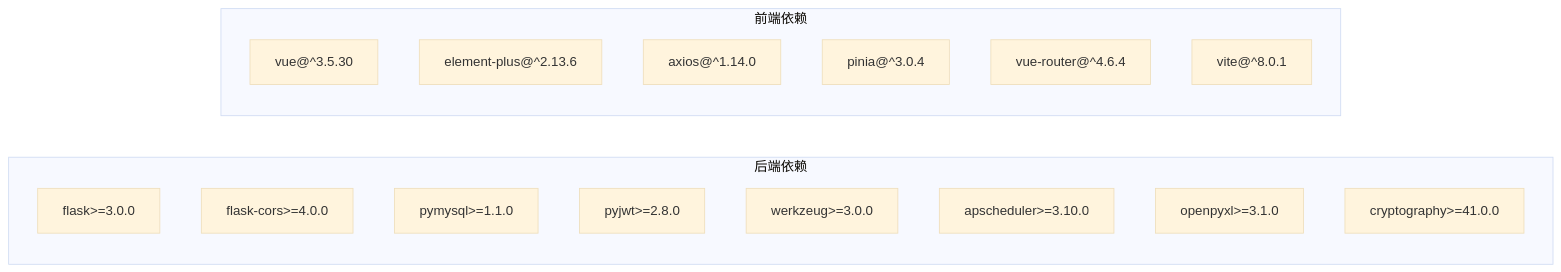
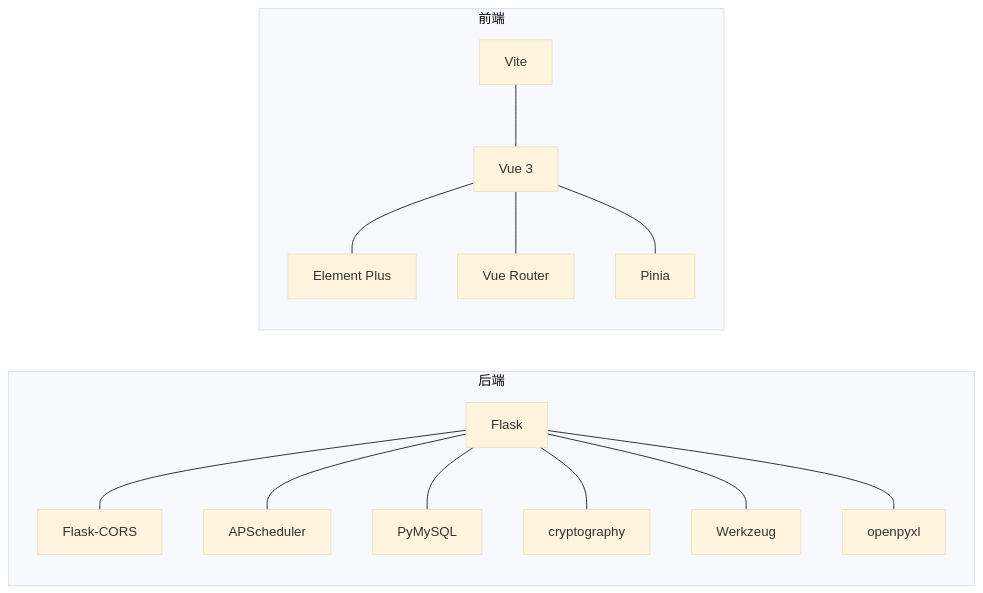
One commit to ismine3/OPS changed the third of 3 diagrams in .qoder/repowiki/zh/content/快速开始.md. Above: the diagram before and after it, drawn with Mermaid (base theme). The commit also changed other lines of this file and 109 other files, not shown here.

````diff
--- a/.qoder/repowiki/zh/content/快速开始.md
+++ b/.qoder/repowiki/zh/content/快速开始.md
@@ -210,21 +271,29 @@
 ```mermaid
 graph LR
-subgraph "后端依赖"
-R1["flask>=3.0.0"]
-R2["flask-cors>=4.0.0"]
-R3["pymysql>=1.1.0"]
-R4["pyjwt>=2.8.0"]
-R5["werkzeug>=3.0.0"]
-R6["apscheduler>=3.10.0"]
-R7["openpyxl>=3.1.0"]
-R8["cryptography>=41.0.0"]
+subgraph "后端"
+Flask["Flask"]
+CORS["Flask-CORS"]
+APS["APScheduler"]
+PyMy["PyMySQL"]
+Crypto["cryptography"]
+OpenX["openpyxl"]
+Werk["Werkzeug"]
 end
-subgraph "前端依赖"
-F1["vue@^3.5.30"]
-F2["element-plus@^2.13.6"]
-F3["axios@^1.14.0"]
-F4["pinia@^3.0.4"]
-F5["vue-router@^4.6.4"]
-F6["vite@^8.0.1"]
+subgraph "前端"
+Vue["Vue 3"]
+EP["Element Plus"]
+VR["Vue Router"]
+Pinia["Pinia"]
+Vite["Vite"]
 end
+Flask --- CORS
+Flask --- APS
+Flask --- PyMy
+Flask --- Crypto
+Flask --- Werk
+Flask --- OpenX
+Vue --- EP
+Vue --- VR
+Vue --- Pinia
+Vite --- Vue
 ```
````
